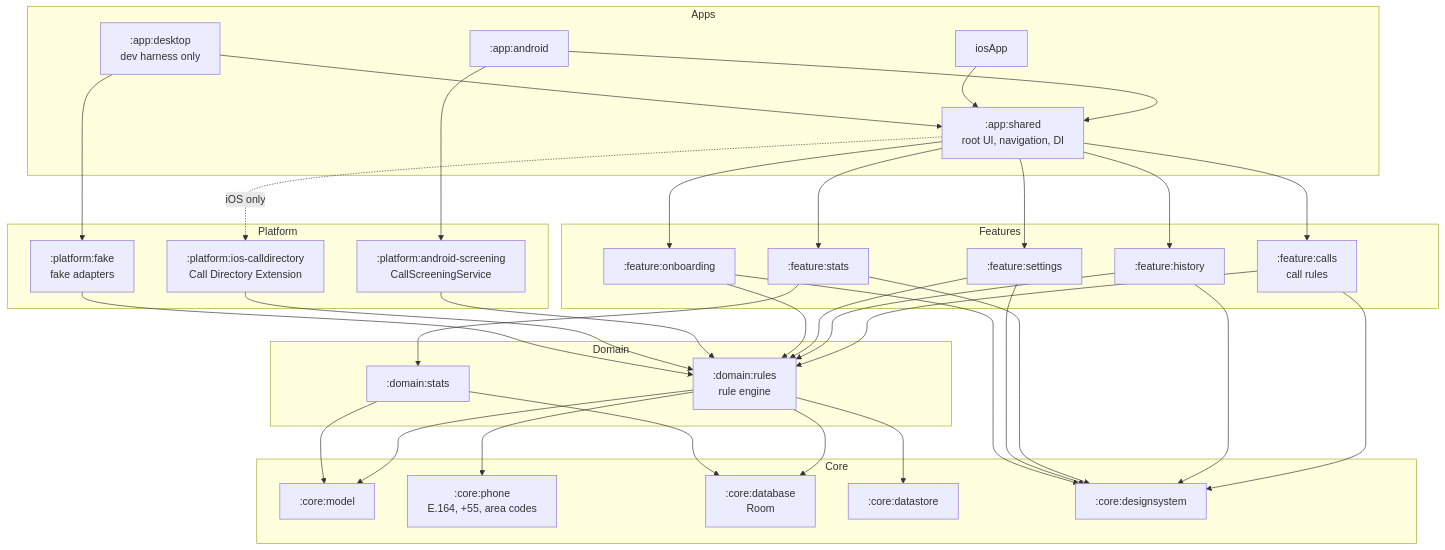
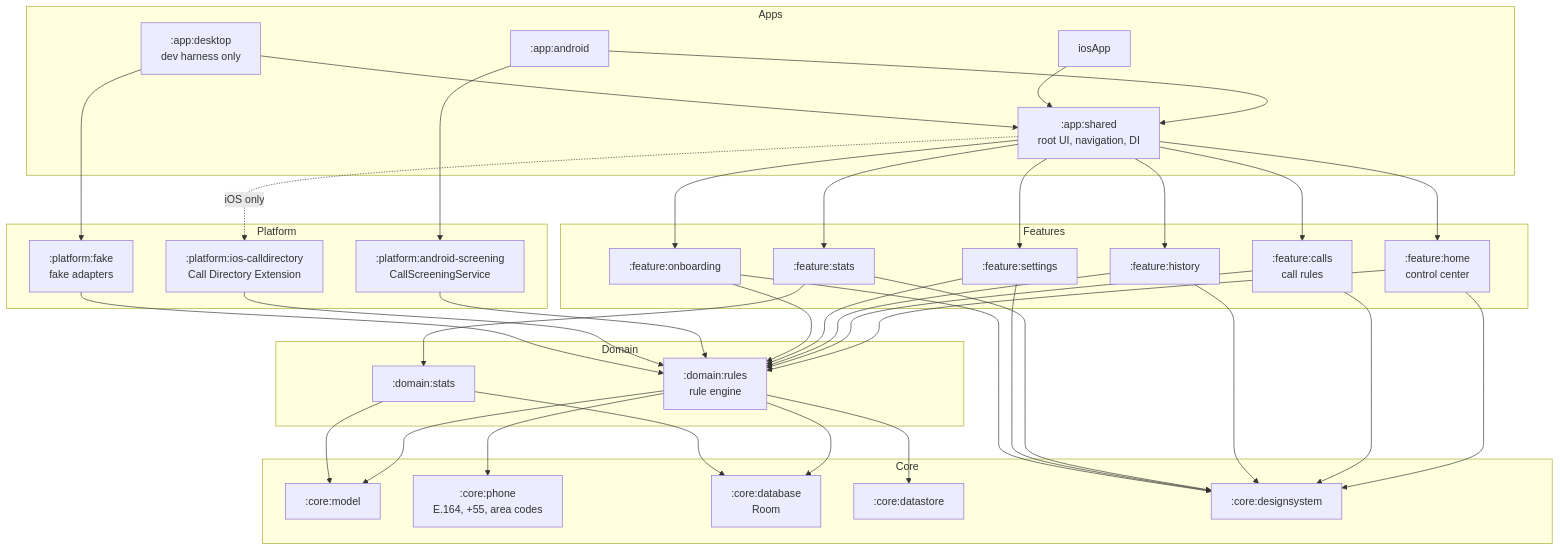
The first of 2 diagrams in docs/architecture.md (JaguarSurf/knobly), drawn with Mermaid before and after one commit. The commit also changed other lines of this file and 38 other files, not shown here.

Commit message:
feat: add pt-BR/English translations, four-tab navigation and the Home control center

````diff
--- a/docs/architecture.md
+++ b/docs/architecture.md
@@ -14,53 +14,54 @@
 ```mermaid
 flowchart TD
     subgraph Apps
         AA[":app:android"]
         IA["iosApp"]
         AD[":app:desktop<br/>dev harness only"]
         AS[":app:shared<br/>root UI, navigation, DI"]
     end
 
     subgraph Features
+        FHome[":feature:home<br/>control center"]
         FC[":feature:calls<br/>call rules"]
         FH[":feature:history"]
         FS[":feature:stats"]
         FSet[":feature:settings"]
         FO[":feature:onboarding"]
     end
 
     subgraph Domain
         DR[":domain:rules<br/>rule engine"]
         DS[":domain:stats"]
     end
 
     subgraph Core
         CM[":core:model"]
         CP[":core:phone<br/>E.164, +55, area codes"]
         CD[":core:database<br/>Room"]
         CDS[":core:datastore"]
         CDes[":core:designsystem"]
     end
 
     subgraph Platform
         PA[":platform:android-screening<br/>CallScreeningService"]
         PI[":platform:ios-calldirectory<br/>Call Directory Extension"]
         PF[":platform:fake<br/>fake adapters"]
     end
 
     AA & IA & AD --> AS
-    AS --> FC & FH & FS & FSet & FO
+    AS --> FHome & FC & FH & FS & FSet & FO
     AA --> PA
     AS -. iOS only .-> PI
     AD --> PF
 
-    FC & FH & FSet & FO --> DR
+    FHome & FC & FH & FSet & FO --> DR
     FS --> DS
-    FC & FH & FS & FSet & FO --> CDes
+    FHome & FC & FH & FS & FSet & FO --> CDes
 
     PA --> DR
     PI --> DR
 
     DR --> CM & CP & CD & CDS
     DS --> CM & CD
     PF --> DR
 ```
````
